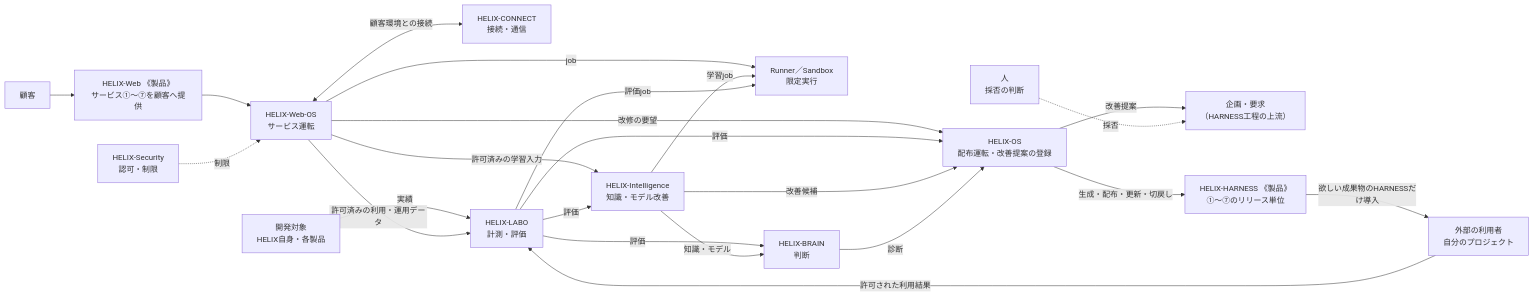
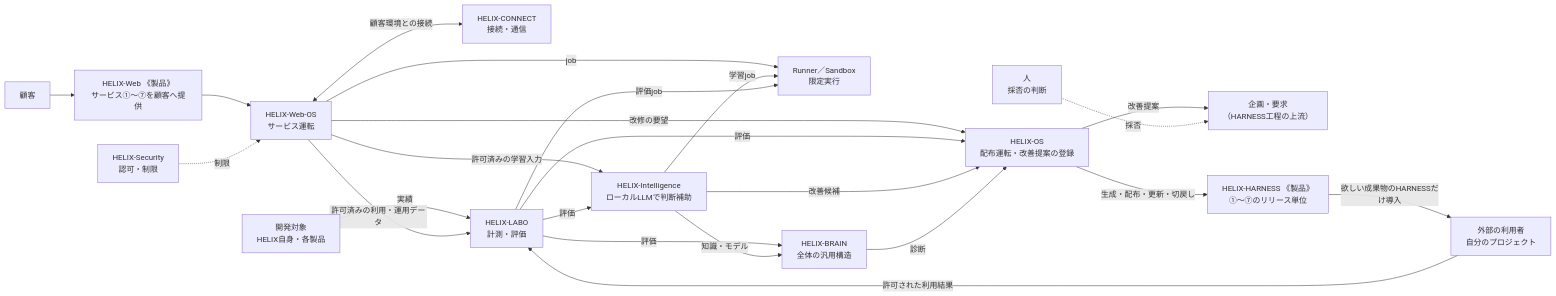
One commit to RetryYN/HELIX-HARNESS changed the third of 3 diagrams in docs/concept/helix-concept.md. Above: the diagram before and after it, drawn with Mermaid. The commit also changed other lines of this file and 3 other files, not shown here.

First line of the commit message:
docs: reflect 2026-09-25 PO intent on BRAIN, helix core, and originals

````diff
--- a/docs/concept/helix-concept.md
+++ b/docs/concept/helix-concept.md
@@ -160,41 +160,41 @@
 ```mermaid
 flowchart LR
     REQ2["企画・要求<br/>（HARNESS工程の上流）"]
     Human["人<br/>採否の判断"]
     Targets["開発対象<br/>HELIX自身・各製品"]
     PKG["HELIX-HARNESS 《製品》<br/>①〜⑦のリリース単位"]
     ExtUser["外部の利用者<br/>自分のプロジェクト"]
     Customer["顧客"]
     WEB["HELIX-Web 《製品》<br/>サービス①〜⑦を顧客へ提供"]
     WEBOS["HELIX-Web-OS<br/>サービス運転"]
     CONNECT["HELIX-CONNECT<br/>接続・通信"]
     RUNNER["Runner／Sandbox<br/>限定実行"]
     LABO["HELIX-LABO<br/>計測・評価"]
-    INT["HELIX-Intelligence<br/>知識・モデル改善"]
-    BRAIN["HELIX-BRAIN<br/>判断"]
+    INT["HELIX-Intelligence<br/>ローカルLLMで判断補助"]
+    BRAIN["HELIX-BRAIN<br/>全体の汎用構造"]
     OS["HELIX-OS<br/>配布運転・改善提案の登録"]
     SEC["HELIX-Security<br/>認可・制限"]
 
     OS -->|生成・配布・更新・切戻し| PKG
     PKG -->|欲しい成果物のHARNESSだけ導入| ExtUser
     ExtUser -->|許可された利用結果| LABO
     Customer --> WEB
     WEB --> WEBOS
     WEBOS <-->|顧客環境との接続| CONNECT
     WEBOS -->|job| RUNNER
     SEC -.->|制限| WEBOS
     Targets -->|実績| LABO
     WEBOS -->|許可済みの利用・運用データ| LABO
     WEBOS -->|許可済みの学習入力| INT
     WEBOS -->|改修の要望| OS
     LABO -->|評価| BRAIN
     LABO -->|評価| INT
     LABO -->|評価| OS
     INT -->|知識・モデル| BRAIN
     INT -->|改善候補| OS
     INT -->|学習job| RUNNER
     LABO -->|評価job| RUNNER
     BRAIN -->|診断| OS
     OS -->|改善提案| REQ2
     Human -.->|採否| REQ2
 ```
````
